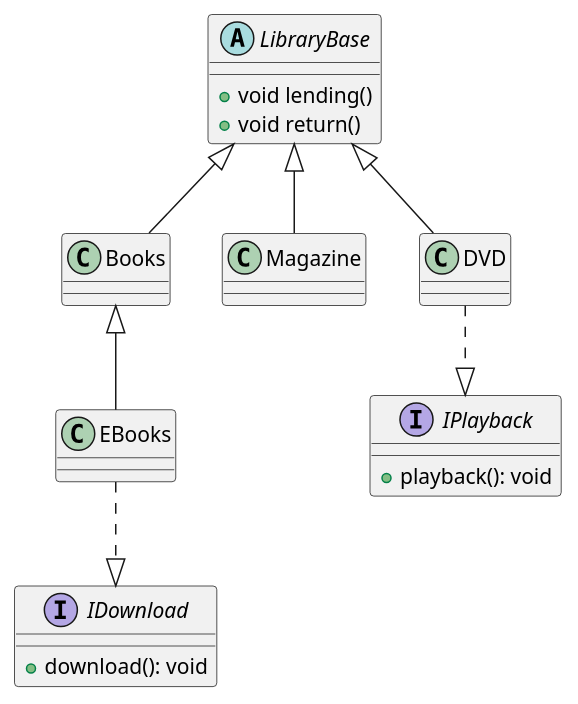
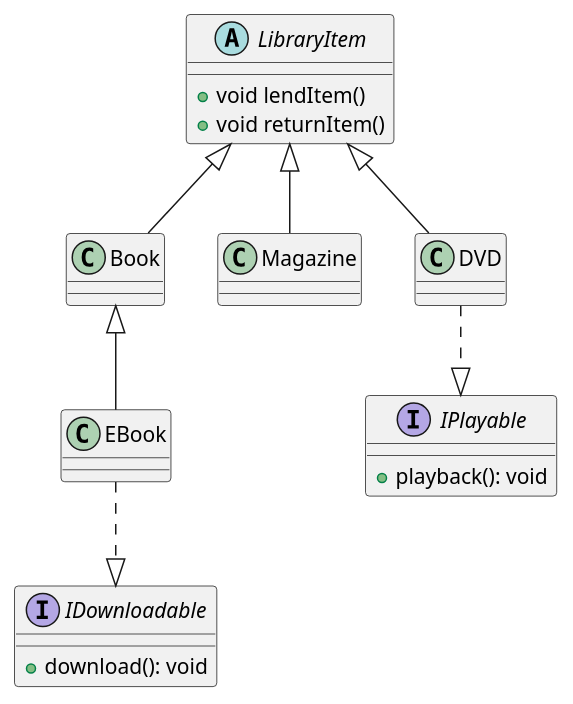
The diagram in library.puml (tcs-r-nakamura/assignment), drawn with PlantUML before and after one commit.

Commit message:
改善

```diff
--- a/library.puml
+++ b/library.puml
@@ -1,34 +1,34 @@
 @startuml class
 
-interface IDownload{
+interface IDownloadable{
     +download(): void
 
 }
 
-interface IPlayback{
+interface IPlayable{
     +playback(): void
 }
 
 
-abstract class LibraryBase {
-  +void lending()
-  +void return()
+abstract class LibraryItem {
+  +void lendItem()
+  +void returnItem()
 }
 
-class Books extends LibraryBase {
+class Book extends LibraryItem {
 
 }
-class EBooks extends Books{
+class EBook extends Book{
 
 }
 
-class Magazine extends LibraryBase{
+class Magazine extends LibraryItem{
 
 }
 
-class DVD extends LibraryBase{
+class DVD extends LibraryItem{
 
 }
-EBooks ..|> IDownload
-DVD ..|> IPlayback
+EBook ..|> IDownloadable
+DVD ..|> IPlayable
 @enduml
```
